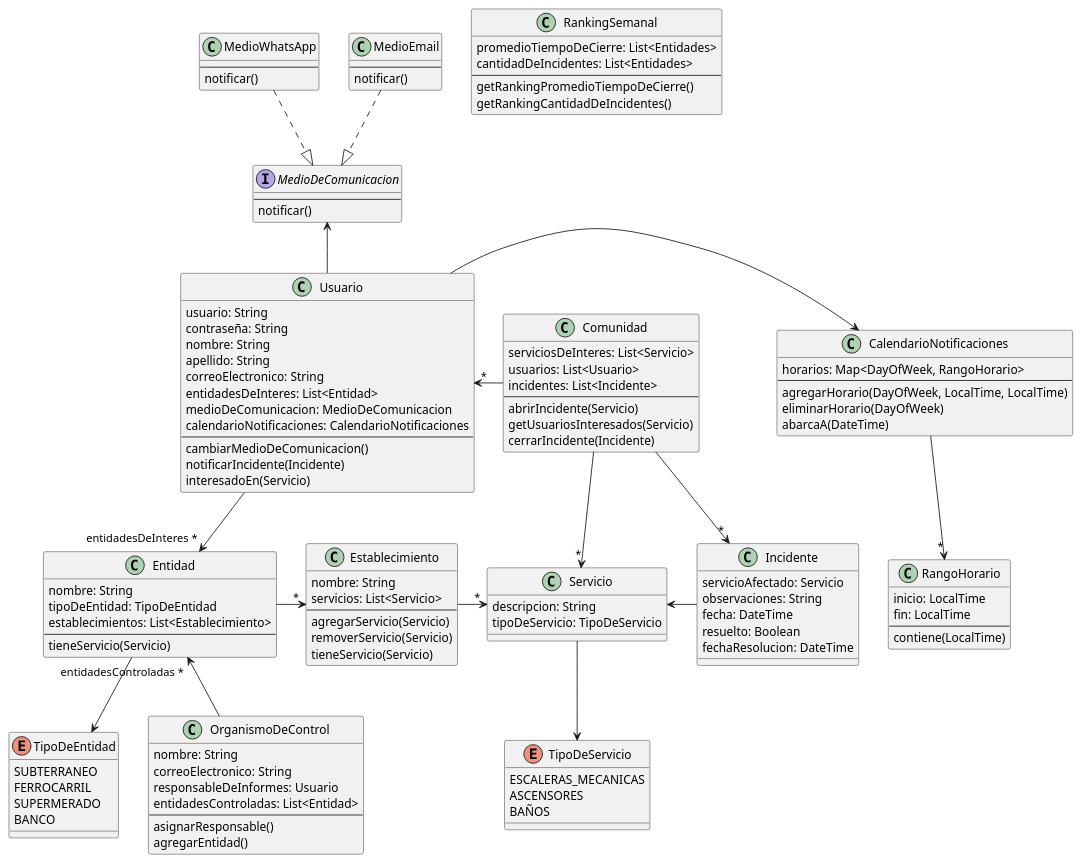
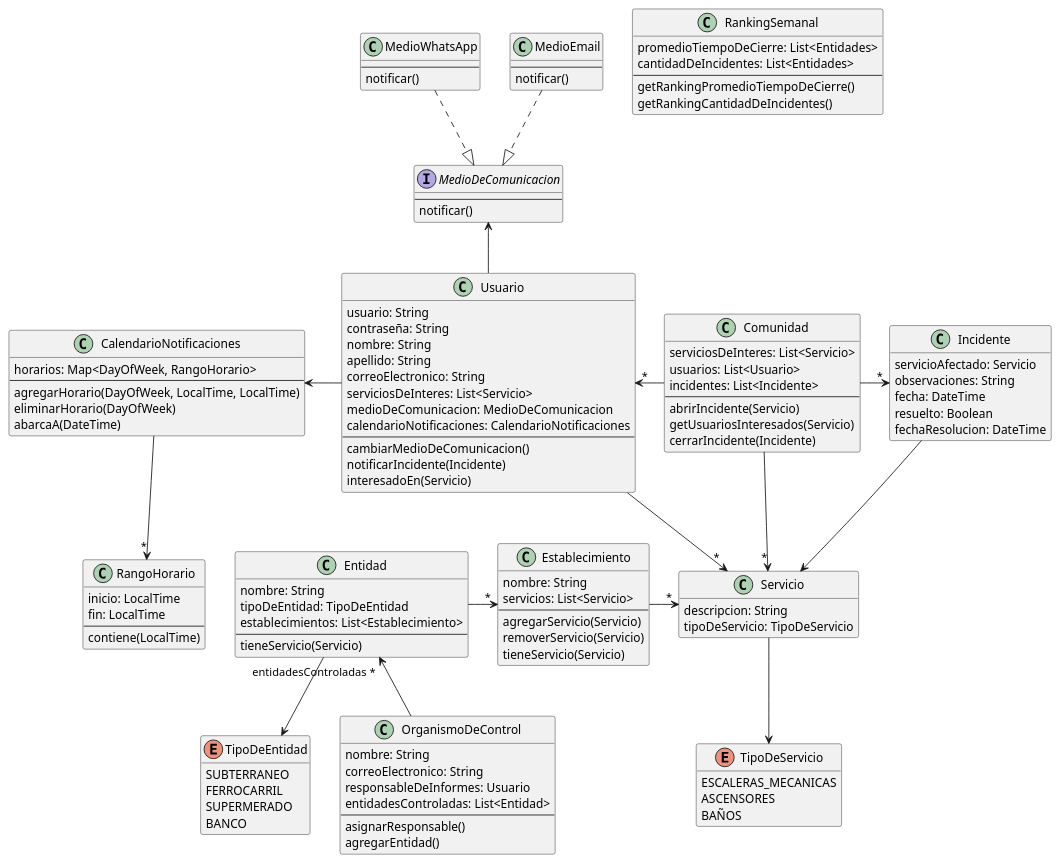
One commit to ValenAquino/tp-dds-2023 changed the diagram in docs/entrega-3/clases_mm.puml. Above: the diagram before and after it, drawn with PlantUML.

Commit message:
docs(clases_mm): actualizar diagrama de clases

```diff
--- a/docs/entrega-3/clases_mm.puml
+++ b/docs/entrega-3/clases_mm.puml
@@ -1,155 +1,159 @@
 @startuml TPA3-Clases
+
+hide empty members
 
 ' Supermercado, Centro Comunal, Banco, ...
 class Entidad {
   nombre: String
   ' localizacion: Localizacion
   tipoDeEntidad: TipoDeEntidad
   establecimientos: List<Establecimiento>
   --
   tieneServicio(Servicio)
 }
 
 ' Sucursal, Estacion, ...
 class Establecimiento {
   nombre: String
   servicios: List<Servicio>
   --
   agregarServicio(Servicio)
   removerServicio(Servicio)
   tieneServicio(Servicio)
 }
 
 class Servicio {
   descripcion: String
   tipoDeServicio: TipoDeServicio
 }
 
 enum TipoDeServicio {
   ESCALERAS_MECANICAS
   ASCENSORES
   BAÑOS
 }
 
 enum TipoDeEntidad {
   SUBTERRANEO
   FERROCARRIL
   SUPERMERADO
   BANCO
 }
 
 class Usuario {
   usuario: String
   contraseña: String
   nombre: String
   apellido: String
   correoElectronico: String
-  entidadesDeInteres: List<Entidad>
+  serviciosDeInteres: List<Servicio>
   ' localizacion: Localizacion
   medioDeComunicacion: MedioDeComunicacion
   calendarioNotificaciones: CalendarioNotificaciones
   --
   cambiarMedioDeComunicacion()
   notificarIncidente(Incidente)
   interesadoEn(Servicio)
 }
 
 class RangoHorario {
   inicio: LocalTime
   fin: LocalTime
   --
   contiene(LocalTime)
 }
 
 class CalendarioNotificaciones {
   horarios: Map<DayOfWeek, RangoHorario>
   --
   agregarHorario(DayOfWeek, LocalTime, LocalTime)
   eliminarHorario(DayOfWeek)
   abarcaA(DateTime)
 }
 
 interface MedioDeComunicacion {
   --
   notificar()
 }
 class MedioWhatsApp {
   --
   notificar()
 }
 class MedioEmail {
   --
   notificar()
 }
 
 /'
 class Localizacion {
   nombre: String
   latitud: Double
   longitud: Double
   tipoDeLocalizacion: TipoDeLocalizacion
 }
 
 enum TipoDeLocalizacion {
   DEPARTAMENTO
   MUNICIPIO
   PROVINCIA
 }
 '/
 
 class OrganismoDeControl {
   nombre: String
   correoElectronico: String
   responsableDeInformes: Usuario
   entidadesControladas: List<Entidad>
   --
   asignarResponsable()
   agregarEntidad()
 }
 
 class Incidente {
   servicioAfectado: Servicio
   observaciones: String
   fecha: DateTime
   resuelto: Boolean
   fechaResolucion: DateTime
 }
 
 class Comunidad {
   serviciosDeInteres: List<Servicio>
   usuarios: List<Usuario>
   incidentes: List<Incidente>
   --
   abrirIncidente(Servicio)
   getUsuariosInteresados(Servicio)
   cerrarIncidente(Incidente)
 }
 
 class RankingSemanal {
   promedioTiempoDeCierre: List<Entidades>
   cantidadDeIncidentes: List<Entidades>
   --
   getRankingPromedioTiempoDeCierre()
   getRankingCantidadDeIncidentes()
 }
 
 Usuario -u-> MedioDeComunicacion
-Usuario -> CalendarioNotificaciones
+Usuario -l-> CalendarioNotificaciones
+
+Usuario ->"*" Servicio
+Establecimiento ->"*" Servicio
+Comunidad ->"*" Servicio
+Incidente --> Servicio
+
 CalendarioNotificaciones -->"*" RangoHorario
 Entidad ->"*" Establecimiento
 Entidad --> TipoDeEntidad
-Establecimiento ->"*" Servicio
 Servicio -d-> TipoDeServicio
-Usuario -->"entidadesDeInteres *" Entidad
 ' Localizacion <- Usuario
 ' Localizacion <- Entidad
 ' TipoDeLocalizacion -> Localizacion
 Entidad "entidadesControladas *"<-- OrganismoDeControl
-Comunidad -->"*" Servicio
 Usuario "*"<- Comunidad
 Comunidad ->"*" Incidente
-Incidente -l-> Servicio
 MedioWhatsApp ..|> MedioDeComunicacion
 MedioEmail ..|> MedioDeComunicacion
 
 @enduml
```
